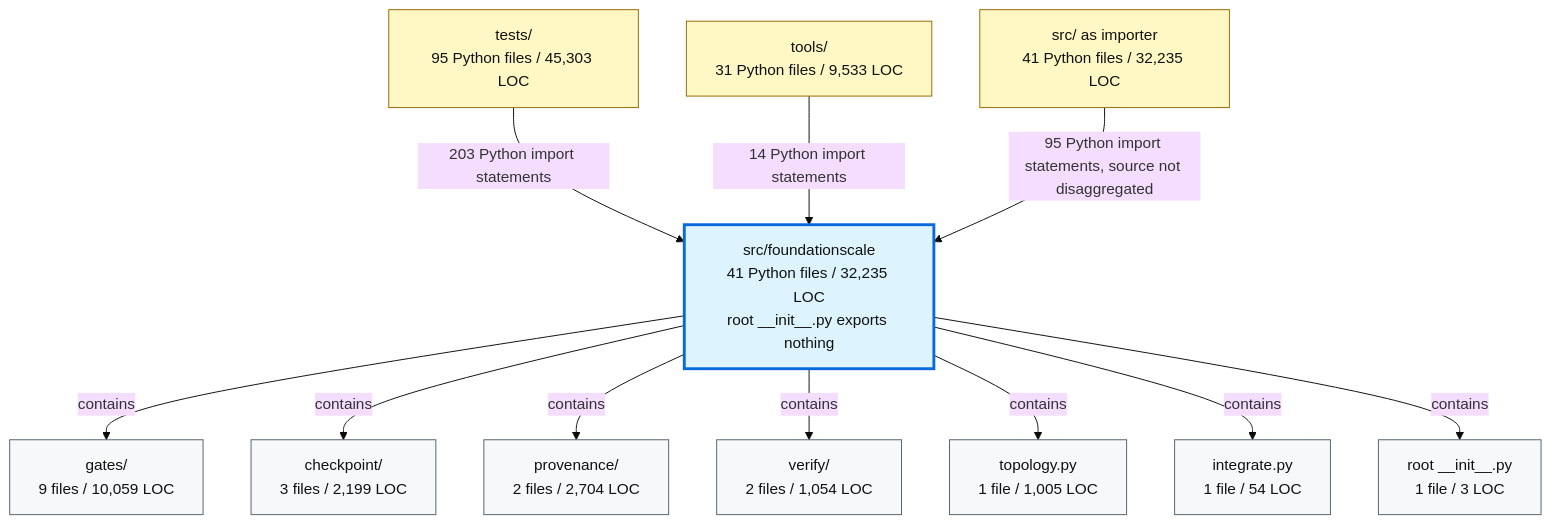
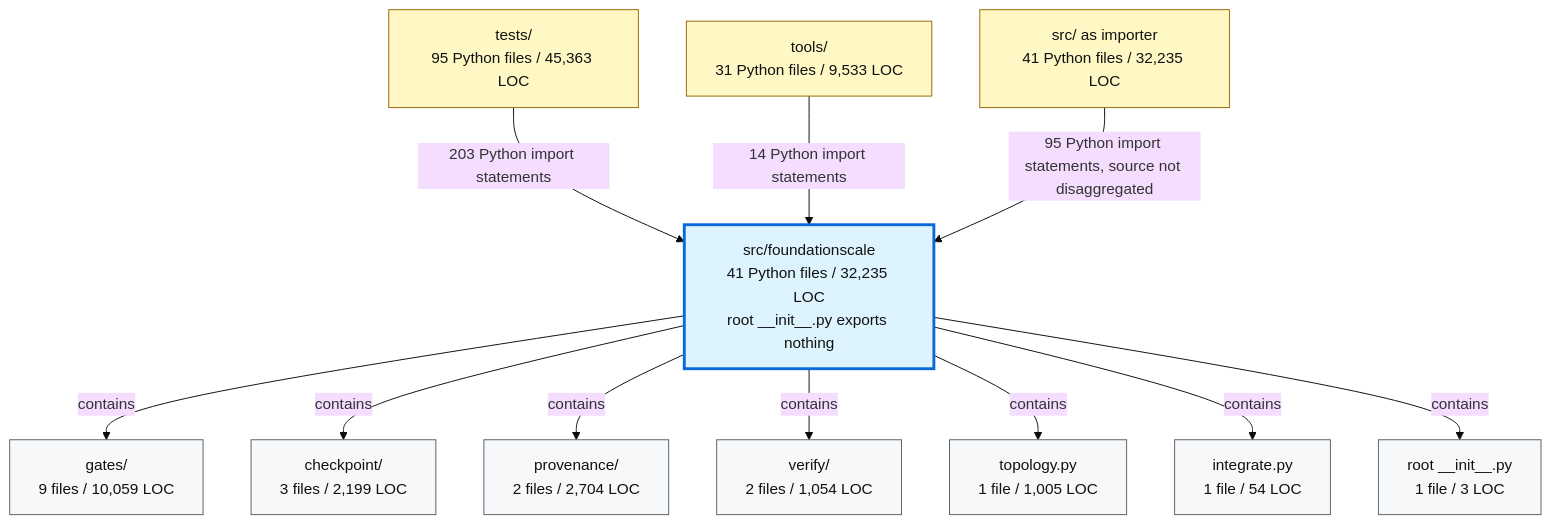
Before and after one commit to TranNhiem/FoundationScale: the second of 2 diagrams in docs/review/D2_current_architecture.md, drawn with Mermaid (base theme). The commit also changed 8 other files, not shown here.

````diff
--- a/docs/review/D2_current_architecture.md
+++ b/docs/review/D2_current_architecture.md
@@ -97,36 +97,36 @@
 ```mermaid
 flowchart TB
-  TESTS["tests/<br/>95 Python files / 45,303 LOC"]
+  TESTS["tests/<br/>95 Python files / 45,363 LOC"]
   TOOLS["tools/<br/>31 Python files / 9,533 LOC"]
   SRC["src/ as importer<br/>41 Python files / 32,235 LOC"]
 
   FS["src/foundationscale<br/>41 Python files / 32,235 LOC<br/>root __init__.py exports nothing"]
 
   GATES["gates/<br/>9 files / 10,059 LOC"]
   CKPT["checkpoint/<br/>3 files / 2,199 LOC"]
   PROV["provenance/<br/>2 files / 2,704 LOC"]
   VERIFY["verify/<br/>2 files / 1,054 LOC"]
   TOPO["topology.py<br/>1 file / 1,005 LOC"]
   INTEG["integrate.py<br/>1 file / 54 LOC"]
   ROOT["root __init__.py<br/>1 file / 3 LOC"]
 
   TESTS -->|"203 Python import statements"| FS
   TOOLS -->|"14 Python import statements"| FS
   SRC -->|"95 Python import statements, source not disaggregated"| FS
 
   FS -->|"contains"| GATES
   FS -->|"contains"| CKPT
   FS -->|"contains"| PROV
   FS -->|"contains"| VERIFY
   FS -->|"contains"| TOPO
   FS -->|"contains"| INTEG
   FS -->|"contains"| ROOT
 
   classDef consumer fill:#fff8c5,stroke:#9a6700,color:#111;
   classDef package fill:#ddf4ff,stroke:#0969da,stroke-width:3px,color:#111;
   classDef module fill:#f6f8fa,stroke:#57606a,color:#111;
 
   class TESTS,TOOLS,SRC consumer;
   class FS package;
   class GATES,CKPT,PROV,VERIFY,TOPO,INTEG,ROOT module;
 ```
````
